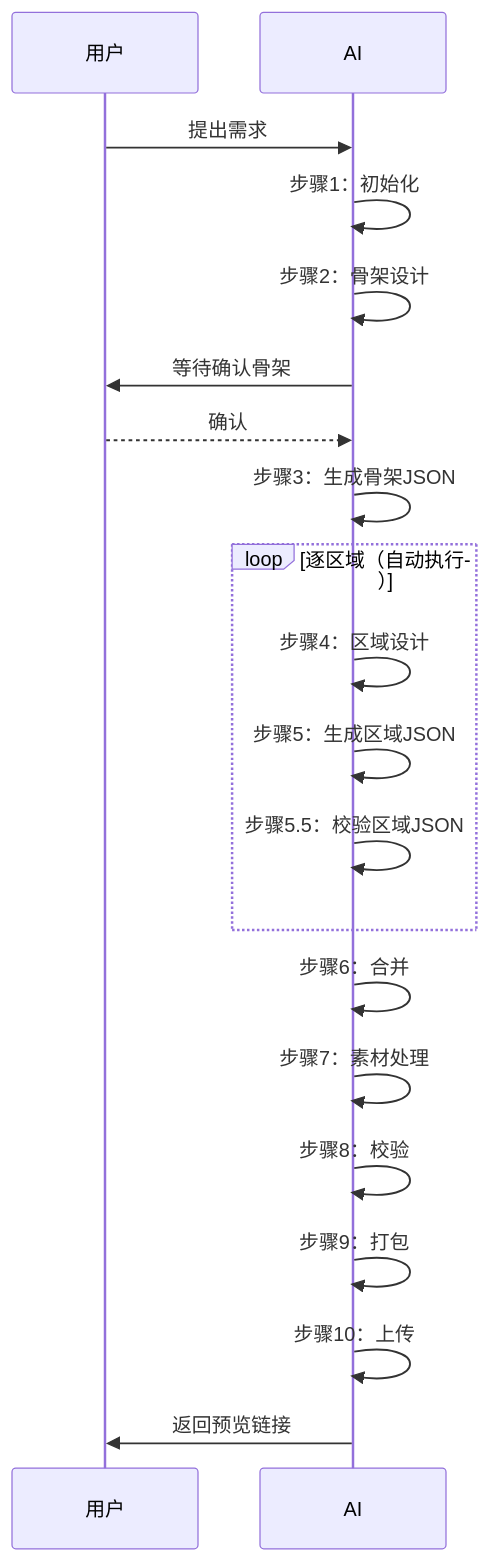
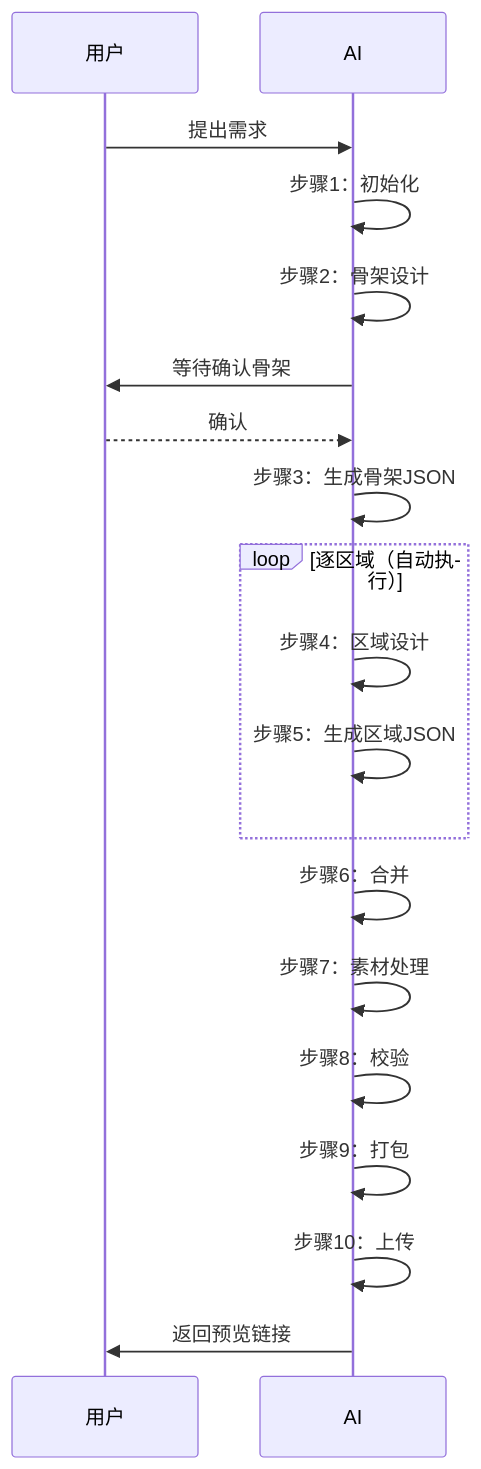
One commit to junyuaini/canvasvideo-skill changed the diagram in SKILL.md. Above: the diagram before and after it, drawn with Mermaid. The commit also changed other lines of this file and 2 other files, not shown here.

````diff
--- a/SKILL.md
+++ b/SKILL.md
@@ -15,25 +15,24 @@
 ```mermaid
 sequenceDiagram
     participant 用户
     participant AI
 
     用户->>AI: 提出需求
     AI->>AI: 步骤1：初始化
     AI->>AI: 步骤2：骨架设计
     AI->>用户: 等待确认骨架
     用户-->>AI: 确认
     AI->>AI: 步骤3：生成骨架JSON
 
     loop 逐区域（自动执行）
         AI->>AI: 步骤4：区域设计
         AI->>AI: 步骤5：生成区域JSON
-        AI->>AI: 步骤5.5：校验区域JSON
     end
 
     AI->>AI: 步骤6：合并
     AI->>AI: 步骤7：素材处理
     AI->>AI: 步骤8：校验
     AI->>AI: 步骤9：打包
     AI->>AI: 步骤10：上传
     AI->>用户: 返回预览链接
 ```
````
